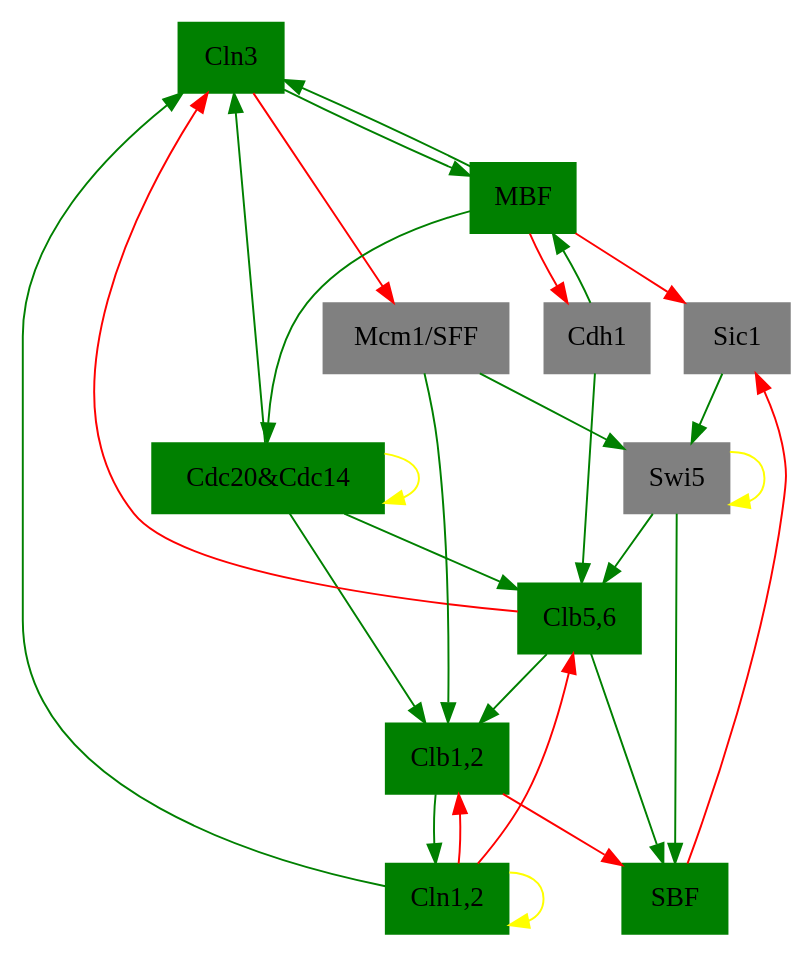
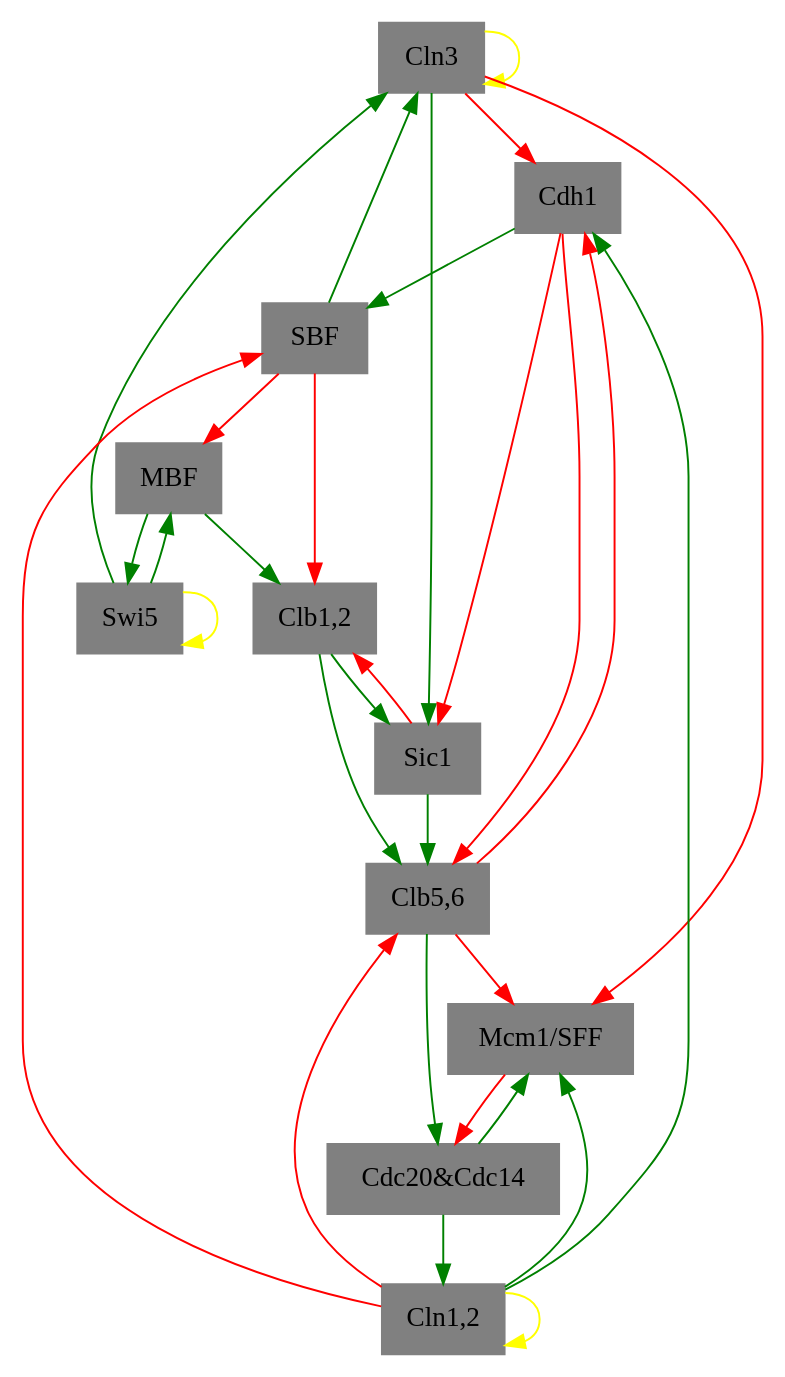
The diagram in graph.gv (ellaqezi/cellCycle), drawn with Graphviz before and after one commit. The commit also changed 11 other files, not shown here.

```diff
--- a/graph.gv
+++ b/graph.gv
@@ -1,60 +1,66 @@
-digraph 11110011010  {
-"Cln3" [shape=box, color=green, style=filled];
+digraph 00000000000  {
+"Cln3" [shape=box, color=gray, style=filled];
+	edge [color=yellow]; 
+	"Cln3" -> "Cln3";
 	edge [color=green]; 
-	"Cdc20&Cdc14" -> "Cln3";
-	"Cln1,2" -> "Cln3";
-	"MBF" -> "Cln3";
+	"SBF" -> "Cln3";
+	"Swi5" -> "Cln3";
+"MBF" [shape=box, color=gray, style=filled];
+	edge [color=green]; 
+	"Swi5" -> "MBF";
 	edge [color=red]; 
-	"Clb5,6" -> "Cln3";
-"MBF" [shape=box, color=green, style=filled];
+	"SBF" -> "MBF";
+"SBF" [shape=box, color=gray, style=filled];
 	edge [color=green]; 
-	"Cdh1" -> "MBF";
-	"Cln3" -> "MBF";
-"SBF" [shape=box, color=green, style=filled];
-	edge [color=green]; 
-	"Clb5,6" -> "SBF";
-	"Swi5" -> "SBF";
+	"Cdh1" -> "SBF";
 	edge [color=red]; 
-	"Clb1,2" -> "SBF";
-"Cln1,2" [shape=box, color=green, style=filled];
+	"Cln1,2" -> "SBF";
+"Cln1,2" [shape=box, color=gray, style=filled];
 	edge [color=yellow]; 
 	"Cln1,2" -> "Cln1,2";
 	edge [color=green]; 
-	"Clb1,2" -> "Cln1,2";
+	"Cdc20&Cdc14" -> "Cln1,2";
 "Cdh1" [shape=box, color=gray, style=filled];
+	edge [color=green]; 
+	"Cln1,2" -> "Cdh1";
 	edge [color=red]; 
-	"MBF" -> "Cdh1";
+	"Clb5,6" -> "Cdh1";
+	"Cln3" -> "Cdh1";
 "Swi5" [shape=box, color=gray, style=filled];
 	edge [color=yellow]; 
 	"Swi5" -> "Swi5";
 	edge [color=green]; 
-	"Mcm1/SFF" -> "Swi5";
-	"Sic1" -> "Swi5";
-"Cdc20&Cdc14" [shape=box, color=green, style=filled];
-	edge [color=yellow]; 
-	"Cdc20&Cdc14" -> "Cdc20&Cdc14";
+	"MBF" -> "Swi5";
+"Cdc20&Cdc14" [shape=box, color=gray, style=filled];
 	edge [color=green]; 
-	"MBF" -> "Cdc20&Cdc14";
-"Clb5,6" [shape=box, color=green, style=filled];
+	"Clb5,6" -> "Cdc20&Cdc14";
+	edge [color=red]; 
+	"Mcm1/SFF" -> "Cdc20&Cdc14";
+"Clb5,6" [shape=box, color=gray, style=filled];
 	edge [color=green]; 
-	"Cdc20&Cdc14" -> "Clb5,6";
+	"Clb1,2" -> "Clb5,6";
+	"Sic1" -> "Clb5,6";
+	edge [color=red]; 
 	"Cdh1" -> "Clb5,6";
-	"Swi5" -> "Clb5,6";
-	edge [color=red]; 
 	"Cln1,2" -> "Clb5,6";
 "Sic1" [shape=box, color=gray, style=filled];
+	edge [color=green]; 
+	"Clb1,2" -> "Sic1";
+	"Cln3" -> "Sic1";
 	edge [color=red]; 
-	"MBF" -> "Sic1";
-	"SBF" -> "Sic1";
-"Clb1,2" [shape=box, color=green, style=filled];
+	"Cdh1" -> "Sic1";
+"Clb1,2" [shape=box, color=gray, style=filled];
 	edge [color=green]; 
-	"Cdc20&Cdc14" -> "Clb1,2";
-	"Clb5,6" -> "Clb1,2";
-	"Mcm1/SFF" -> "Clb1,2";
+	"MBF" -> "Clb1,2";
 	edge [color=red]; 
-	"Cln1,2" -> "Clb1,2";
+	"SBF" -> "Clb1,2";
+	"Sic1" -> "Clb1,2";
 "Mcm1/SFF" [shape=box, color=gray, style=filled];
+	edge [color=green]; 
+	"Cdc20&Cdc14" -> "Mcm1/SFF";
+	"Cln1,2" -> "Mcm1/SFF";
 	edge [color=red]; 
+	"Clb5,6" -> "Mcm1/SFF";
 	"Cln3" -> "Mcm1/SFF";
 
 }
```
